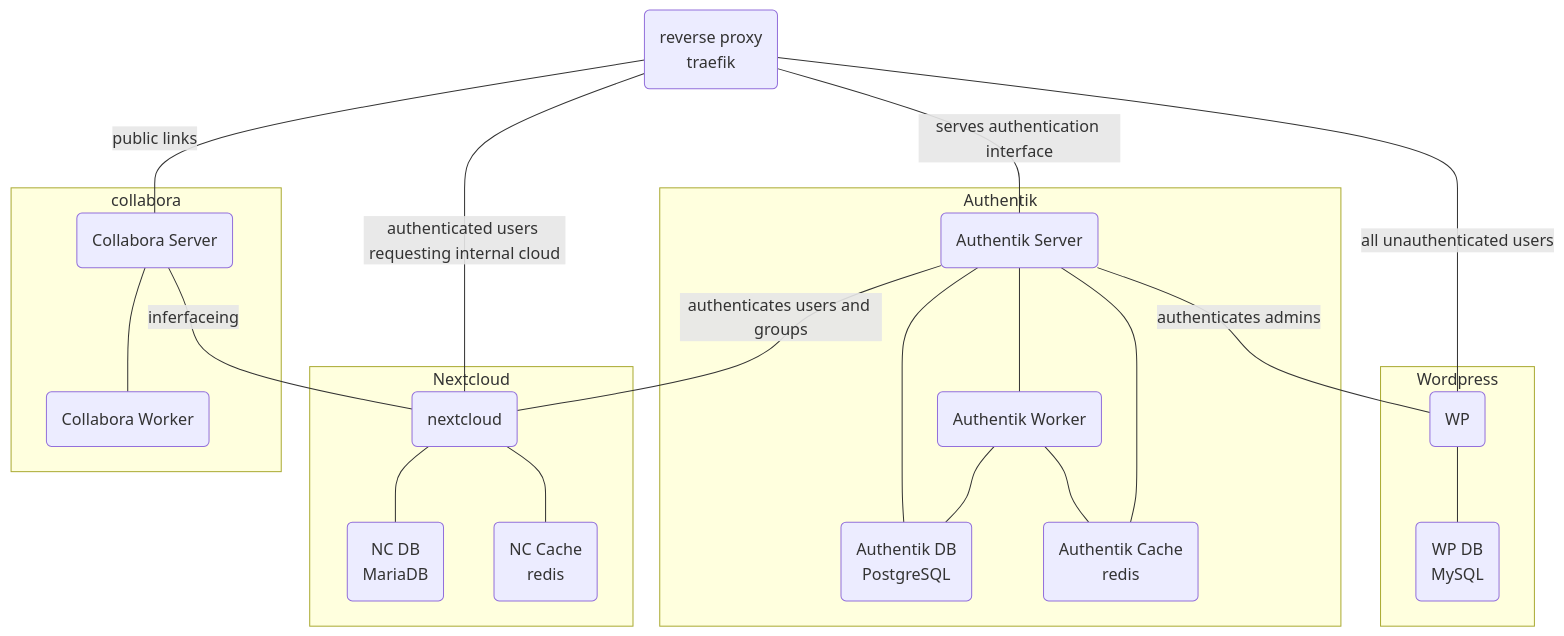
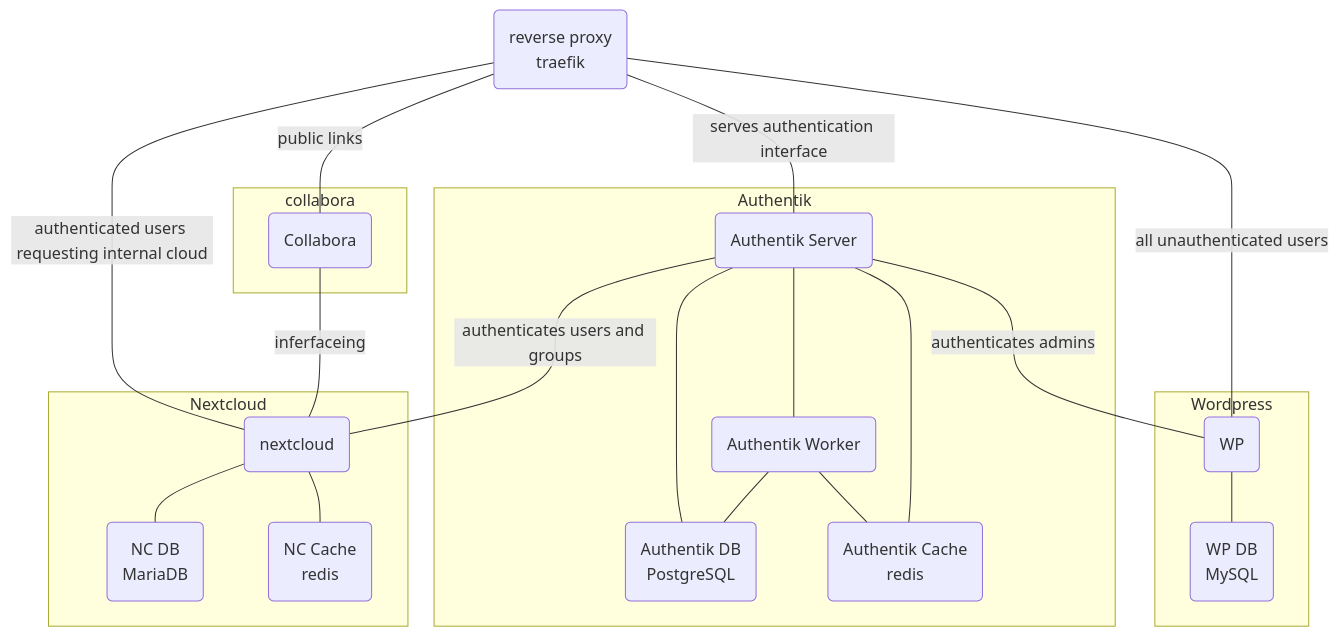
The diagram in docs/Architecture.md (QuITAC/queerreferat_ac), drawn with Mermaid before and after one commit.

Commit message:
fixed proxy to authentik connection

````diff
--- a/docs/Architecture.md
+++ b/docs/Architecture.md
@@ -3,35 +3,35 @@
 ```mermaid
 flowchart TB
 
     proxy(reverse proxy <br> traefik)
 
     subgraph Wordpress
         wp(WP) --- wpdb(WP DB <br> MySQL)
     end
     subgraph Authentik
         auth(Authentik Server) --- authdb(Authentik DB <br> PostgreSQL)
         auth ---authwork(Authentik Worker)
         authwork --- authcache
         auth --- authcache(Authentik Cache <br> redis)
         authwork --- authdb
     end
 
     subgraph Nextcloud
         nc(nextcloud) --- ncdb(NC DB <br>MariaDB)
         nc --- nccache(NC Cache <br> redis)
     end
 
     subgraph collabora
-        cb(Collabora Server) --- cbworker(Collabora Worker)
+        cb(Collabora)
     end
 
     auth -- authenticates admins --- wp
     proxy --all unauthenticated users --- wp
     proxy --serves authentication interface--- auth
     proxy --authenticated users requesting internal cloud--- nc
     proxy -- public links --- cb
 
     auth --authenticates users and groups --- nc
     cb -- inferfaceing --- nc
 
 ```
````
